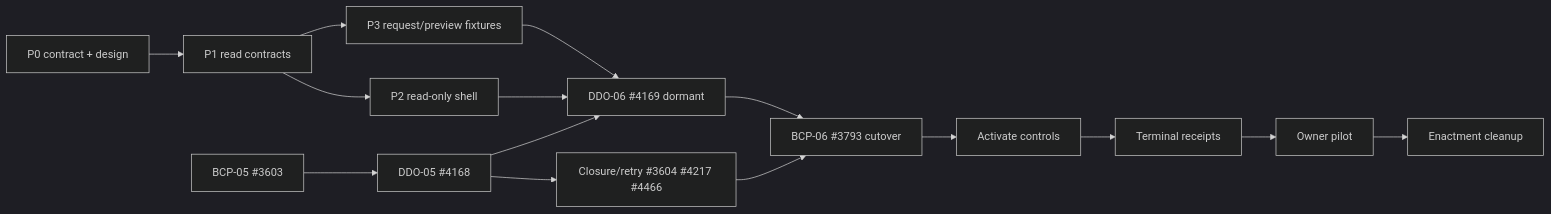
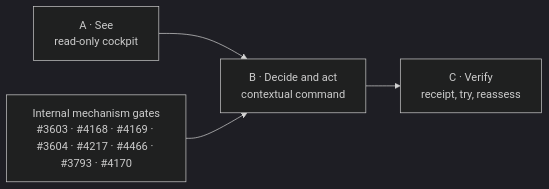
The diagram in docs/plans/DEVUI_IMPLEMENTATION.md (RasmusTho/agentic-pkm-mvp), drawn with Mermaid (dark theme) before and after one commit. The commit also changed other lines of this file and 6 other files, not shown here.

First line of the commit message:
Simplify devUI owner experience contract

````diff
--- a/docs/plans/DEVUI_IMPLEMENTATION.md
+++ b/docs/plans/DEVUI_IMPLEMENTATION.md
@@ -130,13 +124,6 @@
 ```mermaid
 flowchart LR
-  P0["P0 contract + design"] --> P1["P1 read contracts"] --> P2["P2 read-only shell"]
-  P1 --> P3["P3 request/preview fixtures"]
-  B5["BCP-05 #3603"] --> D5["DDO-05 #4168"]
-  D5 --> Close["Closure/retry #3604 #4217 #4466"]
-  D5 --> D6["DDO-06 #4169 dormant"]
-  P2 --> D6
-  P3 --> D6
-  D6 --> Cut["BCP-06 #3793 cutover"]
-  Close --> Cut
-  Cut --> Active["Activate controls"] --> Receipt["Terminal receipts"] --> Pilot["Owner pilot"] --> Cleanup["Enactment cleanup"]
+  A["A · See<br/>read-only cockpit"] --> B["B · Decide and act<br/>contextual command"]
+  B --> C["C · Verify<br/>receipt, try, reassess"]
+  M["Internal mechanism gates<br/>#3603 · #4168 · #4169 · #3604 · #4217 · #4466 · #3793 · #4170"] --> B
 ```
````
